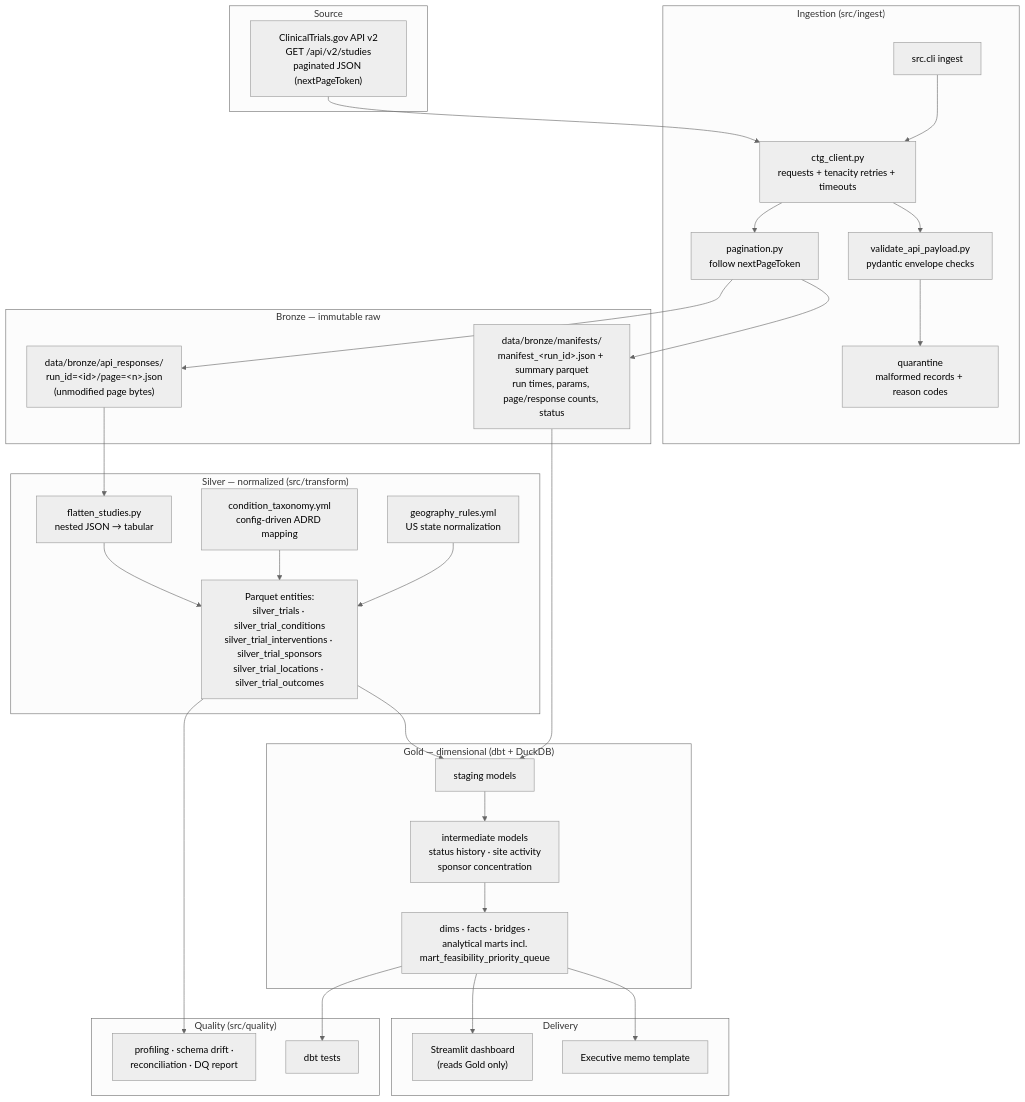
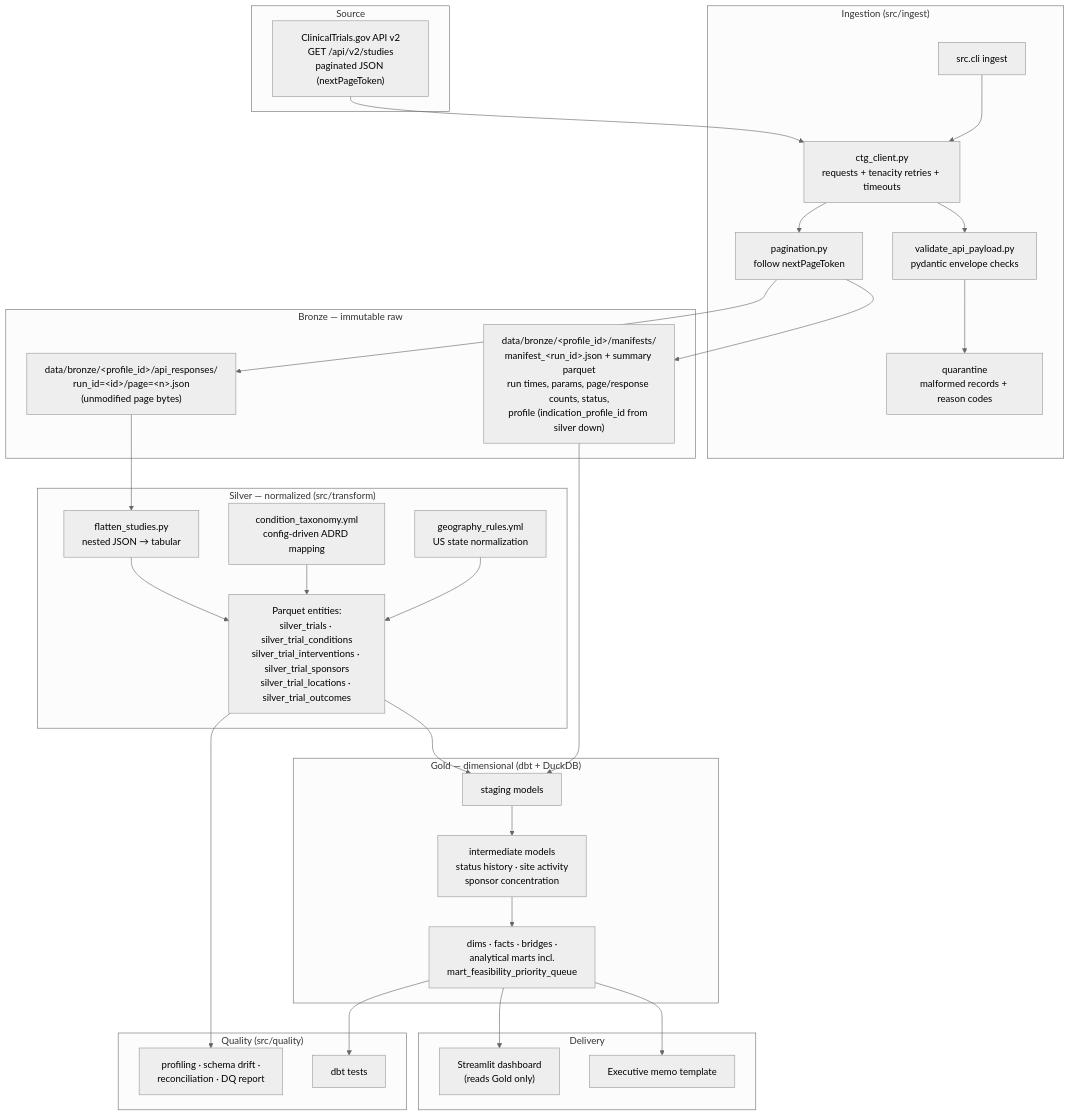
The first of 2 diagrams in docs/architecture.md (ne1cc/cti-dashboard), drawn with Mermaid (neutral theme) before and after one commit. The commit also changed other lines of this file and 13 other files, not shown here.

````diff
--- a/docs/architecture.md
+++ b/docs/architecture.md
@@ -10,56 +10,56 @@
 ```mermaid
 flowchart TB
     subgraph SRC["Source"]
         CTG["ClinicalTrials.gov API v2<br/>GET /api/v2/studies<br/>paginated JSON (nextPageToken)"]
     end
 
     subgraph ING["Ingestion (src/ingest)"]
         CLI["src.cli ingest"]
         CLIENT["ctg_client.py<br/>requests + tenacity retries + timeouts"]
         PAGES["pagination.py<br/>follow nextPageToken"]
         VAL["validate_api_payload.py<br/>pydantic envelope checks"]
         QUAR["quarantine<br/>malformed records + reason codes"]
     end
 
     subgraph BRONZE["Bronze — immutable raw"]
-        RAWJSON["data/bronze/api_responses/<br/>run_id=&lt;id&gt;/page=&lt;n&gt;.json<br/>(unmodified page bytes)"]
-        MANIFEST["data/bronze/manifests/<br/>manifest_&lt;run_id&gt;.json + summary parquet<br/>run times, params, page/response counts, status"]
+        RAWJSON["data/bronze/&lt;profile_id&gt;/api_responses/<br/>run_id=&lt;id&gt;/page=&lt;n&gt;.json<br/>(unmodified page bytes)"]
+        MANIFEST["data/bronze/&lt;profile_id&gt;/manifests/<br/>manifest_&lt;run_id&gt;.json + summary parquet<br/>run times, params, page/response counts, status,<br/>profile (indication_profile_id from silver down)"]
     end
 
     subgraph SILVER["Silver — normalized (src/transform)"]
         FLAT["flatten_studies.py<br/>nested JSON → tabular"]
         ENTITIES["Parquet entities:<br/>silver_trials · silver_trial_conditions<br/>silver_trial_interventions · silver_trial_sponsors<br/>silver_trial_locations · silver_trial_outcomes"]
         TAX["condition_taxonomy.yml<br/>config-driven ADRD mapping"]
         GEO["geography_rules.yml<br/>US state normalization"]
     end
 
     subgraph GOLD["Gold — dimensional (dbt + DuckDB)"]
         STG["staging models"]
         INT["intermediate models<br/>status history · site activity<br/>sponsor concentration"]
         MARTS["dims · facts · bridges ·<br/>analytical marts incl.<br/>mart_feasibility_priority_queue"]
     end
 
     subgraph QA["Quality (src/quality)"]
         PROF["profiling · schema drift ·<br/>reconciliation · DQ report"]
         DBTTEST["dbt tests"]
     end
 
     subgraph OUT["Delivery"]
         APP["Streamlit dashboard<br/>(reads Gold only)"]
         MEMODOC["Executive memo template"]
     end
 
     CTG --> CLIENT
     CLI --> CLIENT --> PAGES --> RAWJSON
     PAGES --> MANIFEST
     CLIENT --> VAL --> QUAR
     RAWJSON --> FLAT --> ENTITIES
     TAX --> ENTITIES
     GEO --> ENTITIES
     ENTITIES --> STG --> INT --> MARTS
     MANIFEST --> STG
     ENTITIES --> PROF
     MARTS --> DBTTEST
     MARTS --> APP
     MARTS --> MEMODOC
 ```
````
